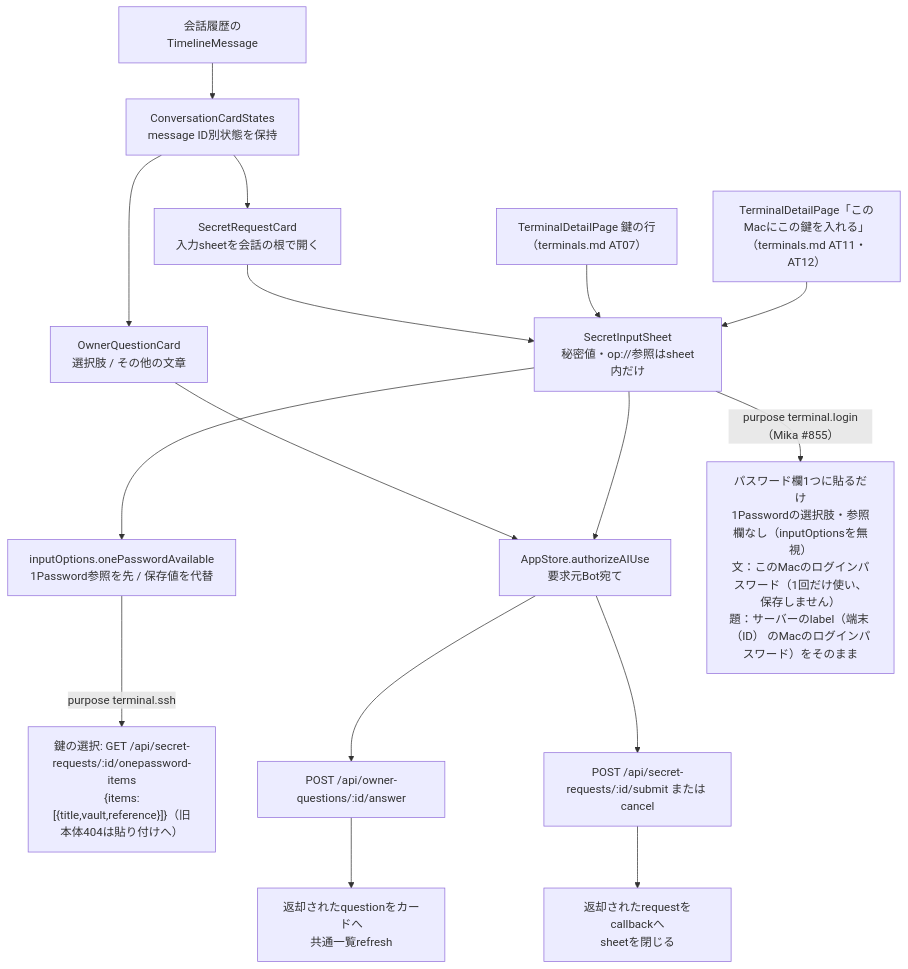
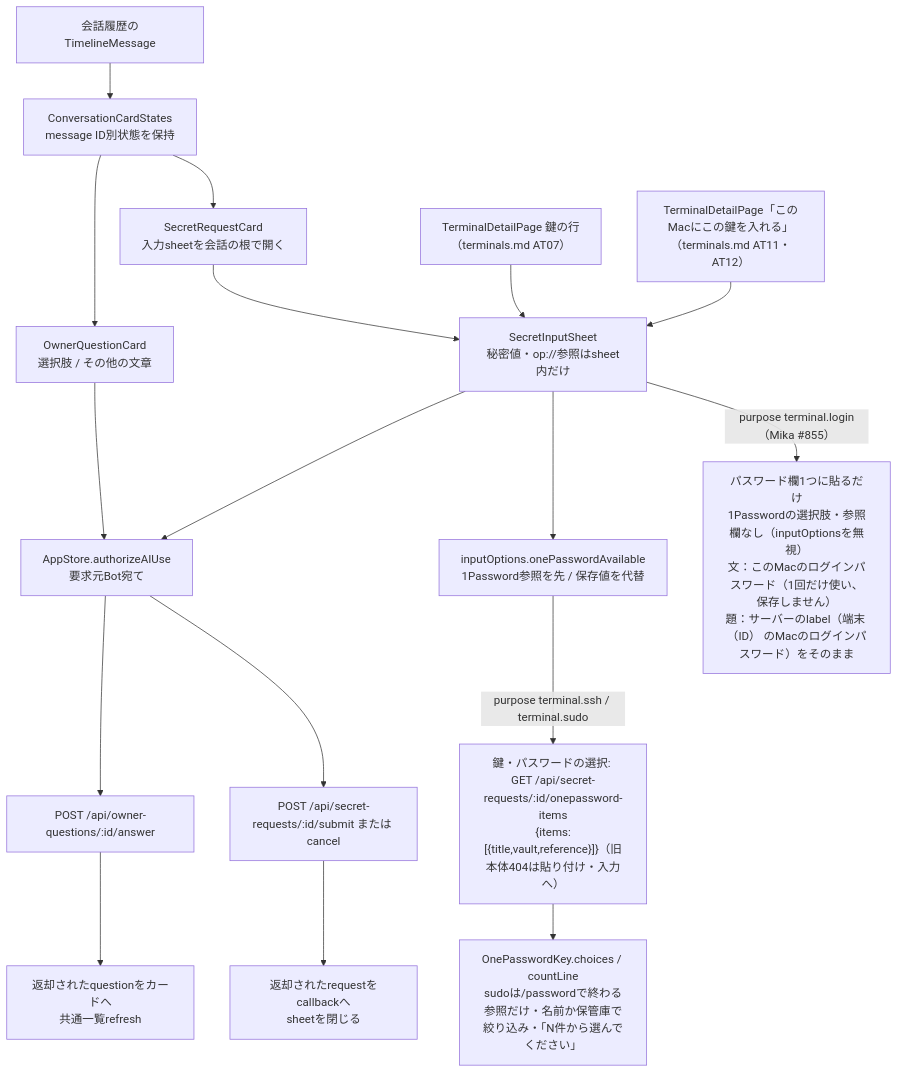
Before and after one commit to kitepon/BellTeam: the first of 4 diagrams in docs/architecture/modules/apple/requests-and-auth.md, drawn with Mermaid. The commit also changed other lines of this file and 11 other files, not shown here.

````diff
--- a/docs/architecture/modules/apple/requests-and-auth.md
+++ b/docs/architecture/modules/apple/requests-and-auth.md
@@ -9,18 +9,19 @@
 ```mermaid
 flowchart TD
   Message["会話履歴のTimelineMessage"] --> Cards["ConversationCardStates<br/>message ID別状態を保持"]
   Cards --> Question["OwnerQuestionCard<br/>選択肢 / その他の文章"]
   Cards --> Secret["SecretRequestCard<br/>入力sheetを会話の根で開く"]
   Question --> Access["AppStore.authorizeAIUse<br/>要求元Bot宛て"]
   Secret --> Sheet["SecretInputSheet<br/>秘密値・op://参照はsheet内だけ"]
   TerminalKey["TerminalDetailPage 鍵の行<br/>（terminals.md AT07）"] --> Sheet
   TerminalAuthorize["TerminalDetailPage「このMacにこの鍵を入れる」<br/>（terminals.md AT11・AT12）"] --> Sheet
   Sheet --> Source["inputOptions.onePasswordAvailable<br/>1Password参照を先 / 保存値を代替"]
   Sheet -->|"purpose terminal.login（Mika #855）"| Login["パスワード欄1つに貼るだけ<br/>1Passwordの選択肢・参照欄なし（inputOptionsを無視）<br/>文：このMacのログインパスワード（1回だけ使い、保存しません）<br/>題：サーバーのlabel（端末 （ID） のMacのログインパスワード）をそのまま"]
-  Source -->|"purpose terminal.ssh"| Picker["鍵の選択: GET /api/secret-requests/:id/onepassword-items<br/>{items:[{title,vault,reference}]}（旧本体404は貼り付けへ）"]
+  Source -->|"purpose terminal.ssh / terminal.sudo"| Picker["鍵・パスワードの選択: GET /api/secret-requests/:id/onepassword-items<br/>{items:[{title,vault,reference}]}（旧本体404は貼り付け・入力へ）"]
+  Picker --> Rows["OnePasswordKey.choices / countLine<br/>sudoは/passwordで終わる参照だけ・名前か保管庫で絞り込み・「N件から選んでください」"]
   Sheet --> Access
   Access --> Answer["POST /api/owner-questions/:id/answer"]
   Access --> Finish["POST /api/secret-requests/:id/submit または cancel"]
   Answer --> Result["返却されたquestionをカードへ<br/>共通一覧refresh"]
   Finish --> Complete["返却されたrequestをcallbackへ<br/>sheetを閉じる"]
 ```
````
